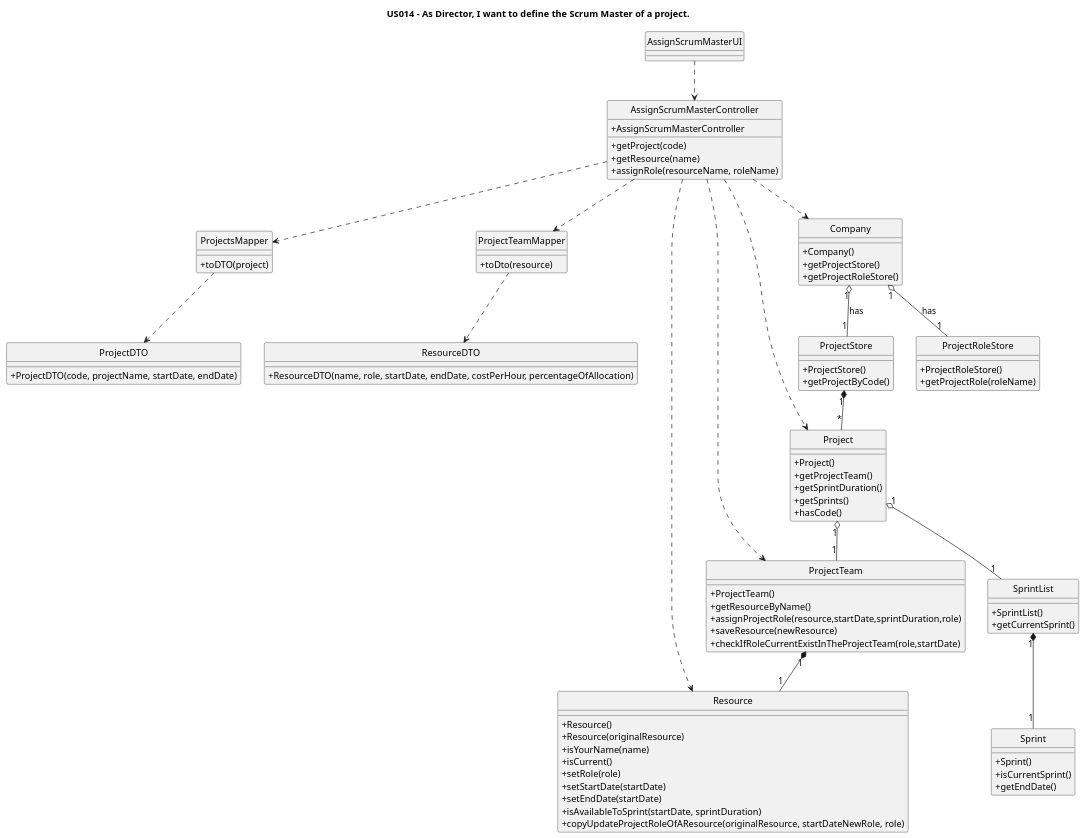
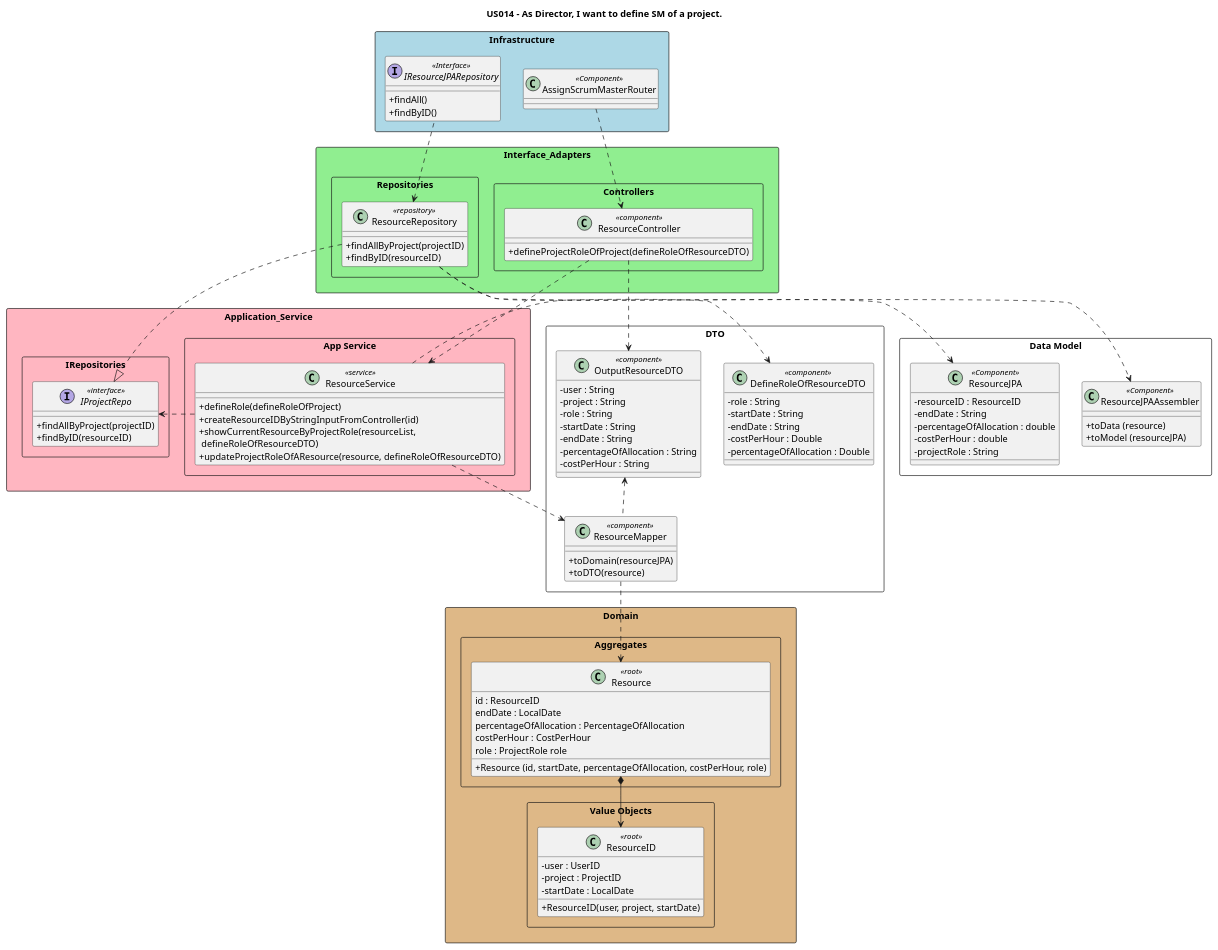
Before and after one commit to nunogon1211787/projectManagement: the diagram in docs/Sprint2/US014/US014-CD.puml, drawn with PlantUML. The commit also changed 28 other files, not shown here.

```diff
--- a/docs/Sprint2/US014/US014-CD.puml
+++ b/docs/Sprint2/US014/US014-CD.puml
@@ -1,107 +1,134 @@
 @startuml
+'https://plantuml.com/class-diagram
 
-hide circle
 skinparam classAttributeIconSize 0
 
-title "US014 - As Director, I want to define the Scrum Master of a project."
+title US014 - As Director, I want to define SM of a project.
 
-class AssignScrumMasterUI {
+
+
+'-------------------INFRASTRUCTURE-----------------------'
+package "Infrastructure" <<Rectangle>>  #lightblue {
+class "AssignScrumMasterRouter" as router <<Component>>{
+}
+interface "IResourceJPARepository" as jpaRepo <<Interface>>{
++ findAll()
++ findByID()
+}
 }
 
-class AssignScrumMasterController {
-    +AssignScrumMasterController
-    +getProject(code)
-    +getResource(name)
-    +assignRole(resourceName, roleName)
+
+'-------------------INTERFACE ADAPTERS-------------------'
+package Interface_Adapters <<Rectangle>> #lightgreen{
+package "Controllers" <<Rectangle>> {
+class "ResourceController" as Ctrl <<component>> {
++defineProjectRoleOfProject(defineRoleOfResourceDTO)
+}
+}
+package Repositories <<Rectangle>> {
+class "ResourceRepository" as projectRepo <<repository>> {
++findAllByProject(projectID)
++findByID(resourceID)
+}
+}
 }
 
-class ProjectsMapper {
-    +toDTO(project)
-    }
-
-class ProjectTeamMapper {
-    +toDto(resource)
+'-------------------APPLICATION SERVICE------------------'
+package Application_Service <<Rectangle>> #lightpink {
+package IRepositories <<Rectangle>> {
+interface "IProjectRepo" as iRepo <<interface>>{
++findAllByProject(projectID)
++findByID(resourceID)
+}
 }
 
-class ProjectDTO {
-    +ProjectDTO(code, projectName, startDate, endDate)
+package "App Service" <<Rectangle>> {
+class "ResourceService" as service <<service>> {
++ defineRole(defineRoleOfProject)
++ createResourceIDByStringInputFromController(id)
++ showCurrentResourceByProjectRole(resourceList, \n defineRoleOfResourceDTO)
++ updateProjectRoleOfAResource(resource, defineRoleOfResourceDTO)
+}
+}
 }
 
-class ResourceDTO {
-    +ResourceDTO(name, role, startDate, endDate, costPerHour, percentageOfAllocation)
+package "Data Model" <<Rectangle>> {
+class "ResourceJPAAssembler" as assembler <<Component>> {
++ toData (resource)
++ toModel (resourceJPA)
+}
+class "ResourceJPA" as jpa <<Component>> {
+- resourceID : ResourceID
+- endDate : String
+- percentageOfAllocation : double
+- costPerHour : double
+- projectRole : String
+}
 }
 
-class Company {
-    +Company()
-    +getProjectStore()
-    +getProjectRoleStore()
+'-------------------DOMAIN-------------------------------'
+package Domain <<Rectangle>> #burlywood{
+package "Aggregates" <<Rectangle>> {
+class "Resource" as project <<root>>{
+id : ResourceID
+endDate : LocalDate
+percentageOfAllocation : PercentageOfAllocation
+costPerHour : CostPerHour
+role : ProjectRole role
++ Resource (id, startDate, percentageOfAllocation, costPerHour, role)
+}
+}
+package "Value Objects" <<Rectangle>> {
+class "ResourceID" as projId <<root>>{
+- user : UserID
+- project : ProjectID
+- startDate : LocalDate
++ ResourceID(user, project, startDate)
+}
+}
 }
 
-class ProjectTeam {
-    +ProjectTeam()
-    +getResourceByName()
-    +assignProjectRole(resource,startDate,sprintDuration,role)
-    +saveResource(newResource)
-    +checkIfRoleCurrentExistInTheProjectTeam(role,startDate)
+
+'-------------------DTO----------------------------------'
+package "DTO" <<Rectangle>>{
+class "ResourceMapper" as mapper <<component>> {
++ toDomain(resourceJPA)
++ toDTO(resource)
+}
+class "DefineRoleOfResourceDTO" as projectDTO <<component>>{
+- role : String
+- startDate : String
+- endDate : String
+- costPerHour : Double
+- percentageOfAllocation : Double
+}
+class "OutputResourceDTO" as outPutDTO <<component>>{
+- user : String
+- project : String
+- role : String
+- startDate : String
+- endDate : String
+- percentageOfAllocation : String
+- costPerHour : String
+}
 }
 
-class Resource {
-    +Resource()
-    +Resource(originalResource)
-    +isYourName(name)
-    +isCurrent()
-    +setRole(role)
-    +setStartDate(startDate)
-    +setEndDate(startDate)
-    +isAvailableToSprint(startDate, sprintDuration)
-    +copyUpdateProjectRoleOfAResource(originalResource, startDateNewRole, role)
-}
 
-class ProjectStore {
-    +ProjectStore()
-    +getProjectByCode()
-}
 
-class ProjectRoleStore {
-    +ProjectRoleStore()
-    +getProjectRole(roleName)
-}
+'-------------------RELATIONSHIPS------------------------'
+router ..> Ctrl
+Ctrl ..> service
+projectRepo ..|> iRepo
+service .l.> iRepo
+service .r.> mapper
+service .r.> projectDTO
+mapper .u.> outPutDTO
+Ctrl ..> outPutDTO
+project *--> projId
+projectRepo <.. jpaRepo
 
-class Project {
-    +Project()
-    +getProjectTeam()
-    +getSprintDuration()
-    +getSprints()
-    +hasCode()
-}
-
-class SprintList {
-    +SprintList()
-    +getCurrentSprint()
-}
-
-class Sprint {
-    +Sprint()
-    +isCurrentSprint()
-    +getEndDate()
-}
-
-AssignScrumMasterUI ..> AssignScrumMasterController
-AssignScrumMasterController ..> Company
-AssignScrumMasterController ..> ProjectsMapper
-AssignScrumMasterController ..> ProjectTeamMapper
-AssignScrumMasterController ..> Project
-AssignScrumMasterController ..> ProjectTeam
-AssignScrumMasterController ..> Resource
-ProjectsMapper ..> ProjectDTO
-ProjectTeamMapper ..> ResourceDTO
-
-Company "1" o-- "1" ProjectRoleStore: has
-Company "1" o-- "1" ProjectStore: has
-ProjectStore "1" *-- "*" Project
-Project "1" o-- "1" ProjectTeam
-Project "1" o-- "1" SprintList
-SprintList "1" *-- "1" Sprint
-ProjectTeam "1" *-- "1" Resource
+mapper ..> project
+projectRepo ..> assembler
+projectRepo ..> jpa
 
 @enduml
```
